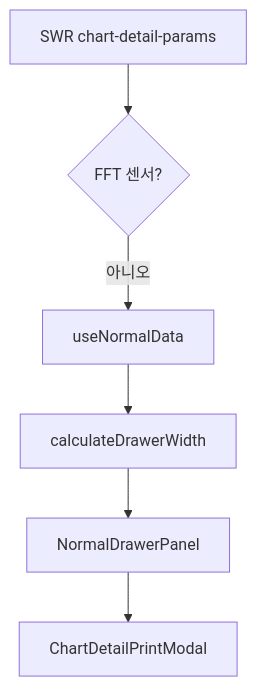
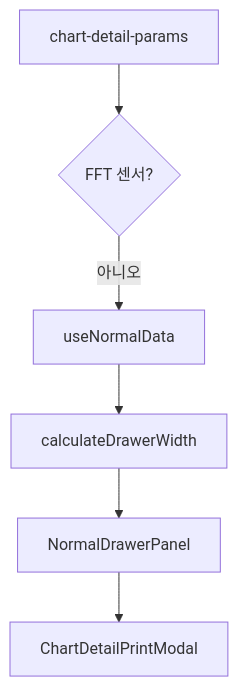
Before and after one commit to inbm-company/geoverse--: the diagram in client/08-차트-상세-드로어-일반.md, drawn with Mermaid. The commit also changed other lines of this file and 11 other files, not shown here.

````diff
--- a/client/08-차트-상세-드로어-일반.md
+++ b/client/08-차트-상세-드로어-일반.md
@@ -11,8 +11,8 @@
 ```mermaid
 flowchart TD
-  A[SWR chart-detail-params] --> B{FFT 센서?}
+  A[chart-detail-params] --> B{FFT 센서?}
   B -->|아니오| C[useNormalData]
   C --> D[calculateDrawerWidth]
   D --> E[NormalDrawerPanel]
   E --> F[ChartDetailPrintModal]
 ```
````
